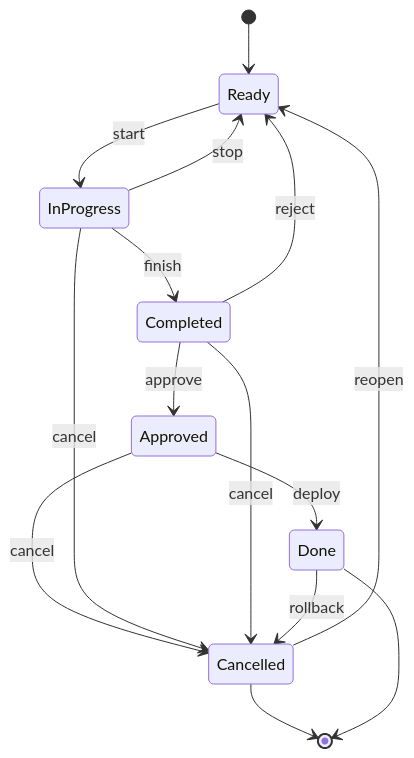
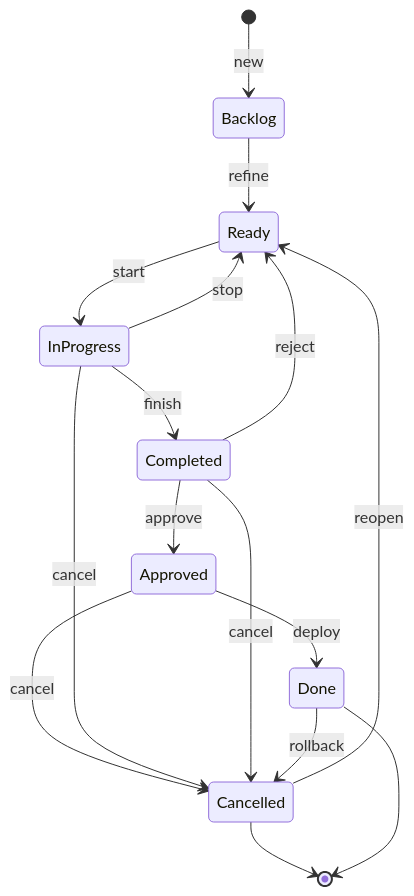
Before and after one commit to sebastianclaros/stockventa: the first of 2 diagrams in scripts/automation/index.md, drawn with Mermaid. The commit also changed other lines of this file, not shown here.

`````diff
--- a/scripts/automation/index.md
+++ b/scripts/automation/index.md
@@ -26,17 +27,18 @@
 ````mermaid 
 stateDiagram-v2 
-[*] --> Ready
+[*] --> Backlog : new
+Backlog --> Ready : refine
 Ready --> InProgress : start
 InProgress --> Ready :stop
 InProgress --> Completed : finish
 Completed --> Approved :approve
 Completed --> Ready :reject
 Approved --> Done : deploy
 Approved --> Cancelled : cancel
 InProgress --> Cancelled : cancel
 Completed --> Cancelled: cancel
 Cancelled --> Ready : reopen
 Cancelled --> [*]
 Done --> [*]
 Done --> Cancelled : rollback
 ````
`````
